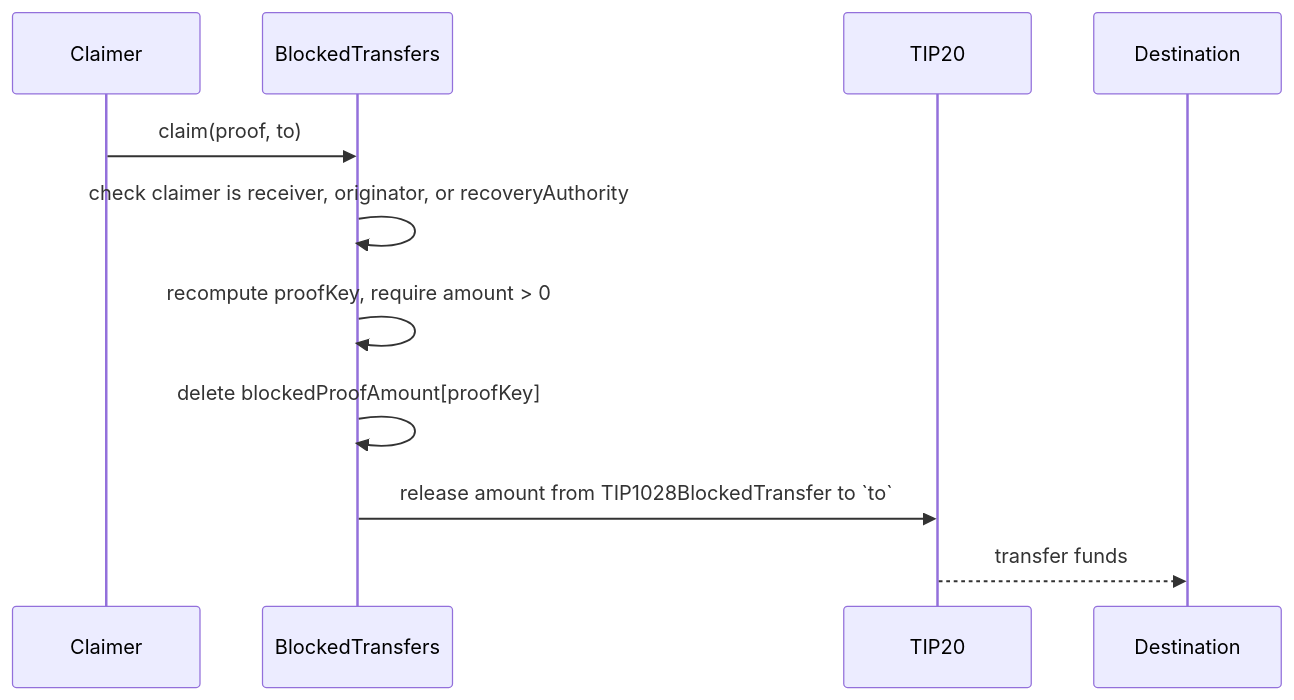
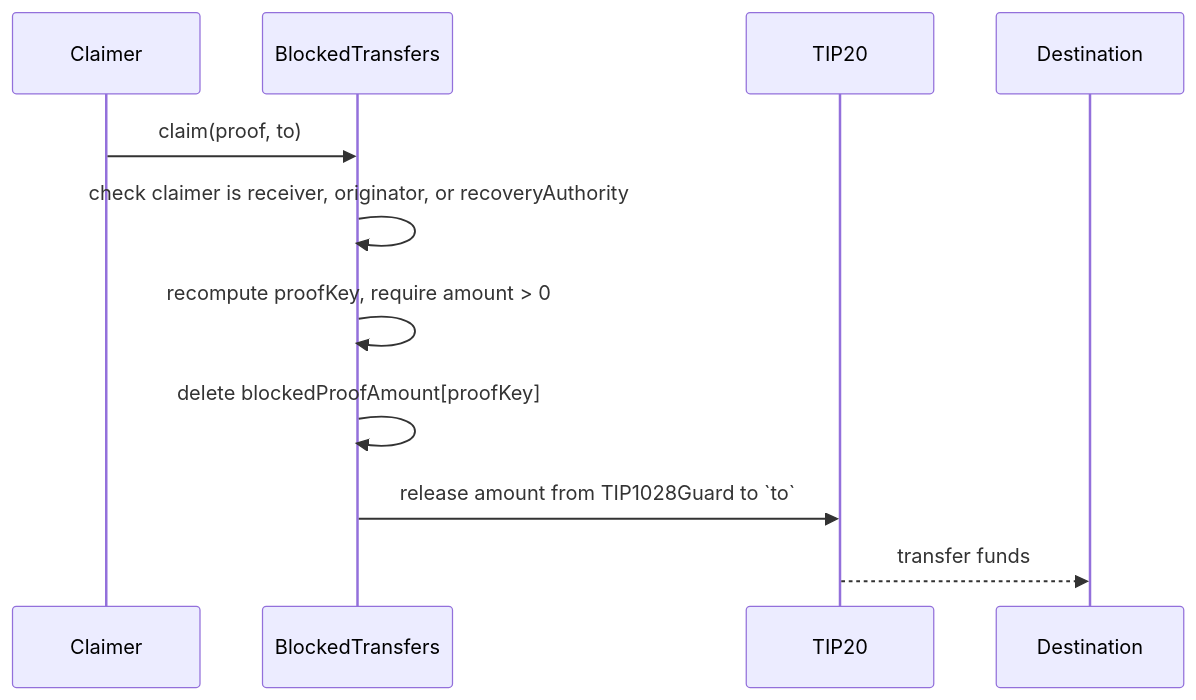
The second of 2 diagrams in tips/tip-1028.md (tempoxyz/tempo), drawn with Mermaid before and after one commit. The commit also changed other lines of this file, not shown here.

Commit message:
docs(tip-1028): rename TIP1028BlockedTransfers to TIP1028Guard

````diff
--- a/tips/tip-1028.md
+++ b/tips/tip-1028.md
@@ -323,14 +323,14 @@
 ```mermaid
 sequenceDiagram
     participant Claimer
     participant BlockedTransfers
     participant TIP20
     participant Destination
 
     Claimer->>BlockedTransfers: claim(proof, to)
     BlockedTransfers->>BlockedTransfers: check claimer is receiver, originator, or recoveryAuthority
     BlockedTransfers->>BlockedTransfers: recompute proofKey, require amount > 0
     BlockedTransfers->>BlockedTransfers: delete blockedProofAmount[proofKey]
-    BlockedTransfers->>TIP20: release amount from TIP1028BlockedTransfer to `to`
+    BlockedTransfers->>TIP20: release amount from TIP1028Guard to `to`
     TIP20-->>Destination: transfer funds
 ```
````
